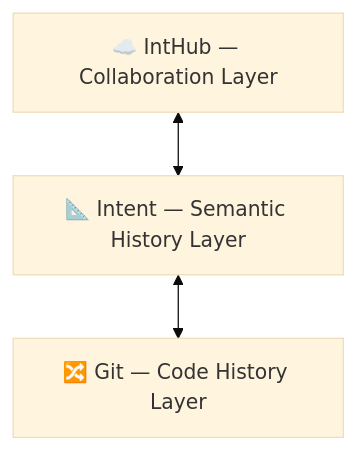
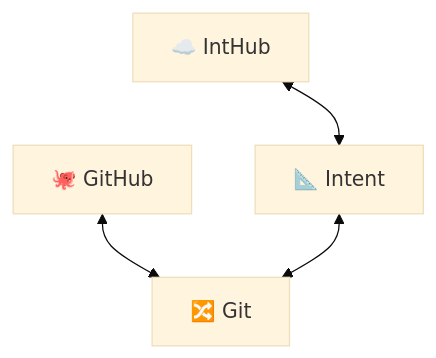
Before and after one commit to dozybot001/Intent: the third of 3 diagrams in README.md, drawn with Mermaid (base theme). The commit also changed 3 other files, not shown here.

First line of the commit message:
Add GitHub parallel to IntHub in stack diagram

````diff
--- a/README.md
+++ b/README.md
@@ -83,7 +83,7 @@
 ```mermaid
 flowchart TB
-  Hub["☁️ IntHub — Collaboration Layer"]
-  Intent["📐 Intent — Semantic History Layer"]
-  Git["🔀 Git — Code History Layer"]
-  Hub <--> Intent <--> Git
+  Hub["☁️ IntHub"] <--> Intent["📐 Intent"]
+  GH["🐙 GitHub"] <--> Git["🔀 Git"]
+  Intent <--> Git
+  Hub ~~~ GH
 ```
````
